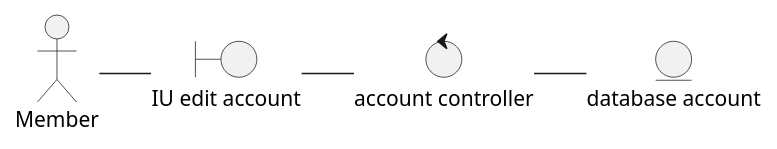
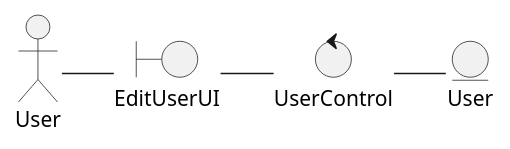
One commit to Candrixx/Proyecto_Ing_Software_Equipo_3 changed the diagram in docs/scenariosView/UC - Analysis Diagrams/uc5-Edit_Account-Analysis.wsd. Above: the diagram before and after it, drawn with PlantUML. The commit also changed 18 other files, not shown here.

Commit message:
Diagram Class of Analisys and Package

```diff
--- a/docs/scenariosView/UC - Analysis Diagrams/uc5-Edit_Account-Analysis.wsd
+++ b/docs/scenariosView/UC - Analysis Diagrams/uc5-Edit_Account-Analysis.wsd
@@ -1,11 +1,11 @@
 @startuml uc5-Edit_Account-Analysis
-:Member: as actor
-boundary "IU edit account" as interface
-control "account controller" as controller
-entity "database account" as database
+:User: as actor
+boundary "EditUserUI" as interface
+control "UserControl" as controller
+entity "User" as database
 
 'connections
 actor -r-- interface
 interface -r-- controller
 controller -r-- database
 @enduml
```
